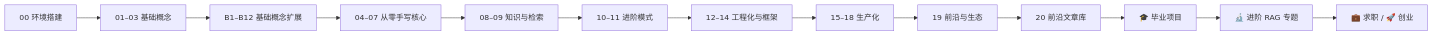
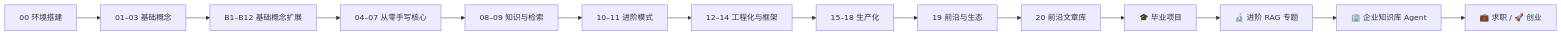
Before and after one commit to songuu/agent: the diagram in index.md, drawn with Mermaid. The commit also changed other lines of this file and 18 other files, not shown here.

````diff
--- a/index.md
+++ b/index.md
@@ -83,15 +88,16 @@
 ```mermaid
 flowchart LR
   A["00 环境搭建"] --> B["01–03 基础概念"]
   B --> B2["B1–B12 基础概念扩展"]
   B2 --> C["04–07 从零手写核心"]
   C --> D["08–09 知识与检索"]
   D --> E["10–11 进阶模式"]
   E --> F["12–14 工程化与框架"]
   F --> G["15–18 生产化"]
   G --> H["19 前沿与生态"]
   H --> H2["20 前沿文章库"]
   H2 --> I["🎓 毕业项目"]
   I --> J["🔬 进阶 RAG 专题"]
-  J --> K["💼 求职 / 🚀 创业"]
+  J --> K["🏢 企业知识库 Agent"]
+  K --> L["💼 求职 / 🚀 创业"]
 ```
````
